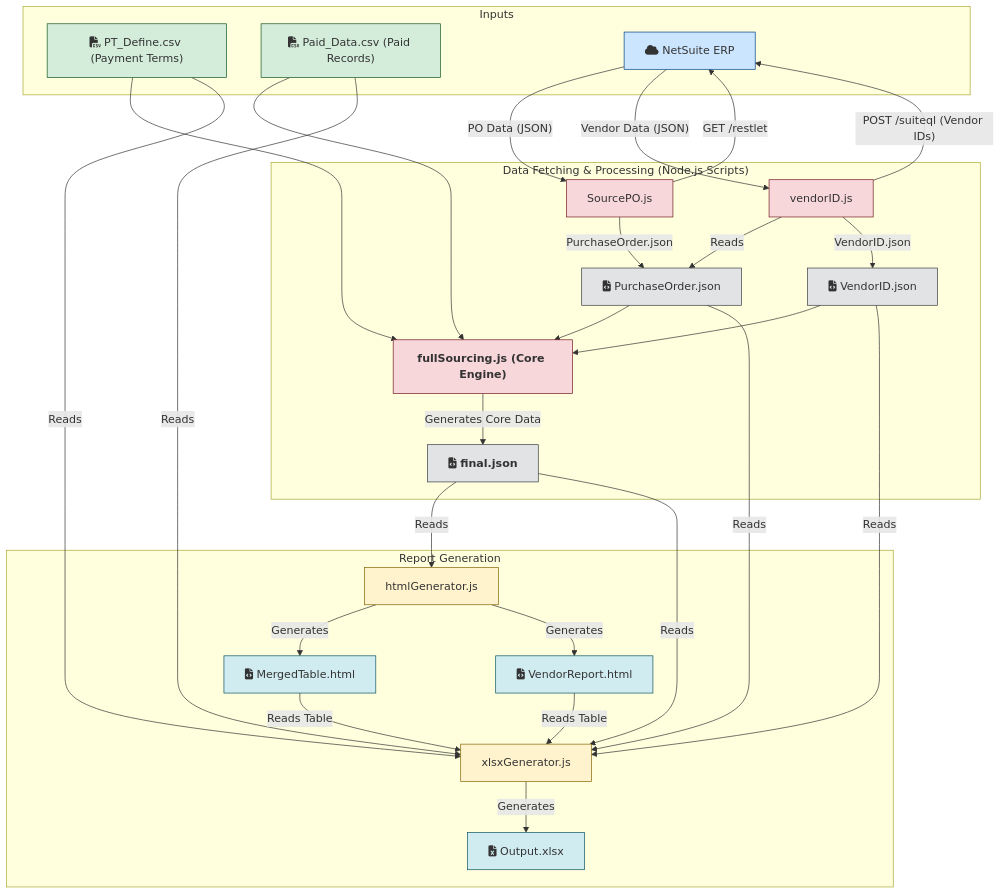
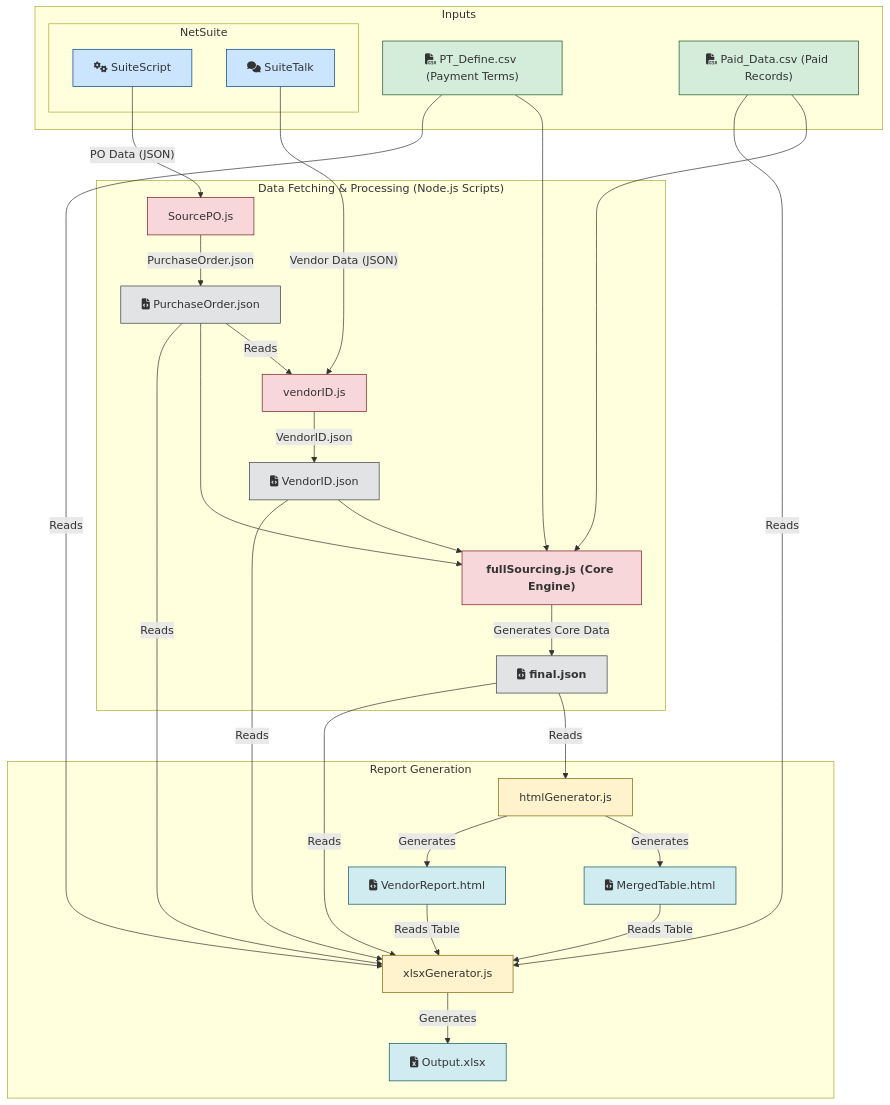
The diagram in README.md (lennonkc/NetsuiteAI), drawn with Mermaid before and after one commit.

Commit message:
docs(README): 更新核心工作流程图表以更清晰地展示NetSuite集成

````diff
--- a/README.md
+++ b/README.md
@@ -27,64 +27,69 @@
 ```mermaid
+
 graph TD
     subgraph "Inputs"
         A1["fa:fa-file-csv PT_Define.csv (Payment Terms)"]
         A2["fa:fa-file-csv Paid_Data.csv (Paid Records)"]
-        A3["fa:fa-cloud NetSuite ERP"]
+        
+        subgraph "NetSuite"
+            NS1["fa:fa-cogs SuiteScript"]
+            NS2["fa:fa-comments SuiteTalk"]
+        end
     end
 
     subgraph "Data Fetching & Processing (Node.js Scripts)"
-        B1["SourcePO.js"] -- "GET /restlet" --> A3
-        A3 -- "PO Data (JSON)" --> B1
+        B1["SourcePO.js"]
+        NS1 -- "PO Data (JSON)" --> B1
         B1 -- "PurchaseOrder.json" --> C1["fa:fa-file-code PurchaseOrder.json"]
 
-        B2["vendorID.js"] -- "Reads" --> C1
-        B2 -- "POST /suiteql (Vendor IDs)" --> A3
-        A3 -- "Vendor Data (JSON)" --> B2
+        B2["vendorID.js"]
+        C1 -- "Reads" --> B2
+        NS2 -- "Vendor Data (JSON)" --> B2
         B2 -- "VendorID.json" --> C2["fa:fa-file-code VendorID.json"]
 
         B3["fullSourcing.js (Core Engine)"]
         C1 --> B3
         C2 --> B3
         A1 --> B3
         A2 --> B3
         B3 -- "Generates Core Data" --> C3["fa:fa-file-code final.json"]
     end
 
     subgraph "Report Generation"
         D1["htmlGenerator.js"]
         C3 -- "Reads" --> D1
         D1 -- "Generates" --> E1["fa:fa-file-code MergedTable.html"]
         D1 -- "Generates" --> E2["fa:fa-file-code VendorReport.html"]
 
         D2["xlsxGenerator.js"]
         C3 -- "Reads" --> D2
         C1 -- "Reads" --> D2
         C2 -- "Reads" --> D2
         A1 -- "Reads" --> D2
         A2 -- "Reads" --> D2
         E1 -- "Reads Table" --> D2
         E2 -- "Reads Table" --> D2
         D2 -- "Generates" --> E3["fa:fa-file-excel Output.xlsx"]
     end
 
-
-
     style A1 fill:#d4edda,stroke:#155724
     style A2 fill:#d4edda,stroke:#155724
-    style A3 fill:#cce5ff,stroke:#004085
+    
+    style NS1 fill:#cce5ff,stroke:#004085
+    style NS2 fill:#cce5ff,stroke:#004085
 
     style B1 fill:#f8d7da,stroke:#721c24
     style B2 fill:#f8d7da,stroke:#721c24
     style B3 fill:#f8d7da,stroke:#721c24,font-weight:bold
 
     style D1 fill:#fff3cd,stroke:#856404
     style D2 fill:#fff3cd,stroke:#856404
 
     style C1 fill:#e2e3e5,stroke:#383d41
     style C2 fill:#e2e3e5,stroke:#383d41
     style C3 fill:#e2e3e5,stroke:#383d41,font-weight:bold
 
     style E1 fill:#d1ecf1,stroke:#0c5460
     style E2 fill:#d1ecf1,stroke:#0c5460
     style E3 fill:#d1ecf1,stroke:#0c5460
 ```
````
